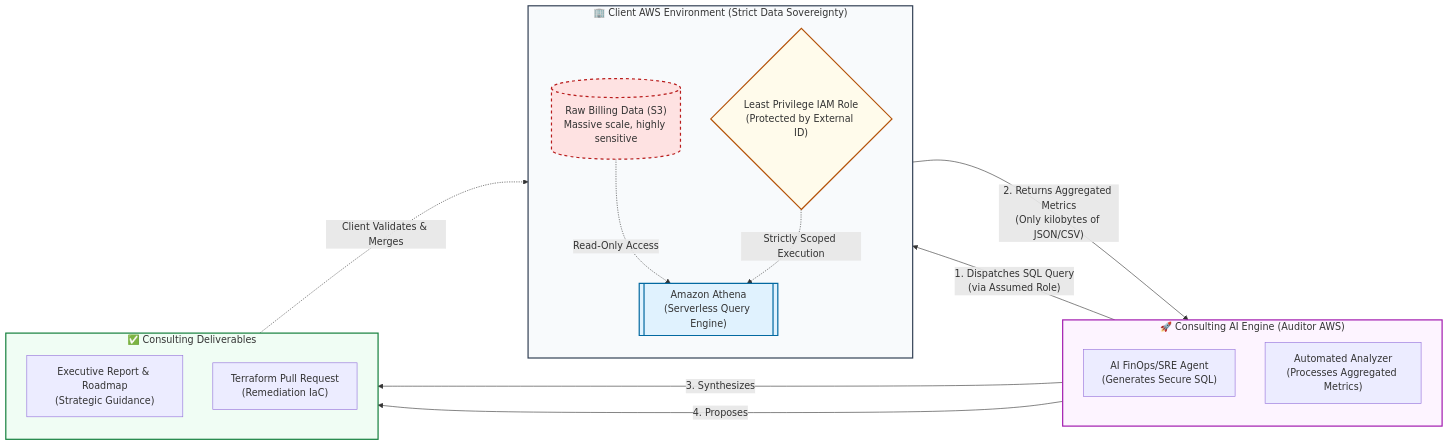
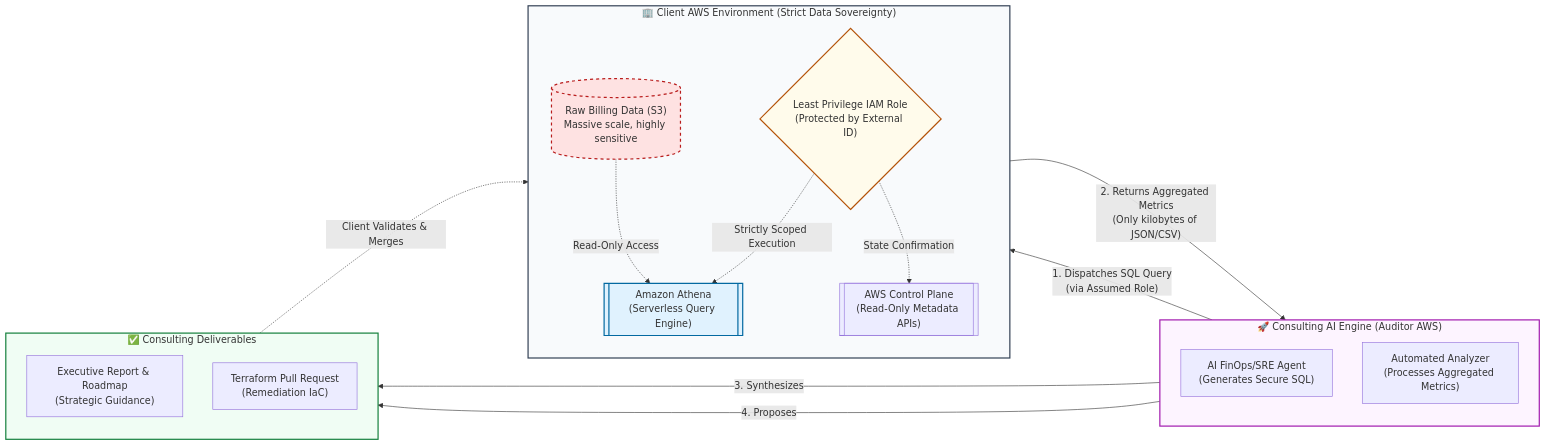
Before and after one commit to romanbovda/cloud-finops-enterprise-baseline: the diagram in modules/client-onboarding/architecture_overview.md, drawn with Mermaid. The commit also changed 5 other files, not shown here.

Commit message:
feat: widen FinOpsAuditLeastPrivilegePolicy for state confirmation APIs

````diff
--- a/modules/client-onboarding/architecture_overview.md
+++ b/modules/client-onboarding/architecture_overview.md
@@ -11,47 +11,49 @@
 ```mermaid
 flowchart LR
     subgraph Client_Env ["🏢 Client AWS Environment (Strict Data Sovereignty)"]
         direction TB
         CUR[("Raw Billing Data (S3)\nMassive scale, highly sensitive")]
         Athena[["Amazon Athena\n(Serverless Query Engine)"]]
+        ControlPlane[["AWS Control Plane\n(Read-Only Metadata APIs)"]]
         Role{"Least Privilege IAM Role\n(Protected by External ID)"}
 
         CUR -. "Read-Only Access" .-> Athena
         Role -. "Strictly Scoped Execution" .-> Athena
+        Role -. "State Confirmation" .-> ControlPlane
     end
 
     subgraph Auditor_Env ["🚀 Consulting AI Engine (Auditor AWS)"]
         direction TB
         AI_Agent["AI FinOps/SRE Agent\n(Generates Secure SQL)"]
         Analyzer["Automated Analyzer\n(Processes Aggregated Metrics)"]
     end
 
     subgraph Deliverables ["✅ Consulting Deliverables"]
         direction TB
         SOW["Executive Report & Roadmap\n(Strategic Guidance)"]
         PR["Terraform Pull Request\n(Remediation IaC)"]
     end
 
     %% Cross-account arrows with emphasis on what is transferred
     AI_Agent -- "1. Dispatches SQL Query\n(via Assumed Role)" --> Role
     Athena -- "2. Returns Aggregated Metrics\n(Only kilobytes of JSON/CSV)" --> Analyzer
 
     Analyzer -- "3. Synthesizes" --> SOW
     Analyzer -- "4. Proposes" --> PR
     PR -. "Client Validates & Merges" .-> Client_Env
 
     %% Styling
     classDef client_zone fill:#f8fafc,stroke:#334155,stroke-width:2px;
     classDef auditor_zone fill:#fdf4ff,stroke:#a21caf,stroke-width:2px;
     classDef deliverable_zone fill:#f0fdf4,stroke:#15803d,stroke-width:2px;
     classDef sensitive_data fill:#fee2e2,stroke:#b91c1c,stroke-width:2px,stroke-dasharray: 5 5;
     classDef compute fill:#e0f2fe,stroke:#0369a1,stroke-width:2px;
     classDef security fill:#fffbeb,stroke:#b45309,stroke-width:2px;
 
     class Client_Env client_zone;
     class Auditor_Env auditor_zone;
     class Deliverables deliverable_zone;
     class CUR sensitive_data;
     class Athena compute;
     class Role security;
 ```
````
